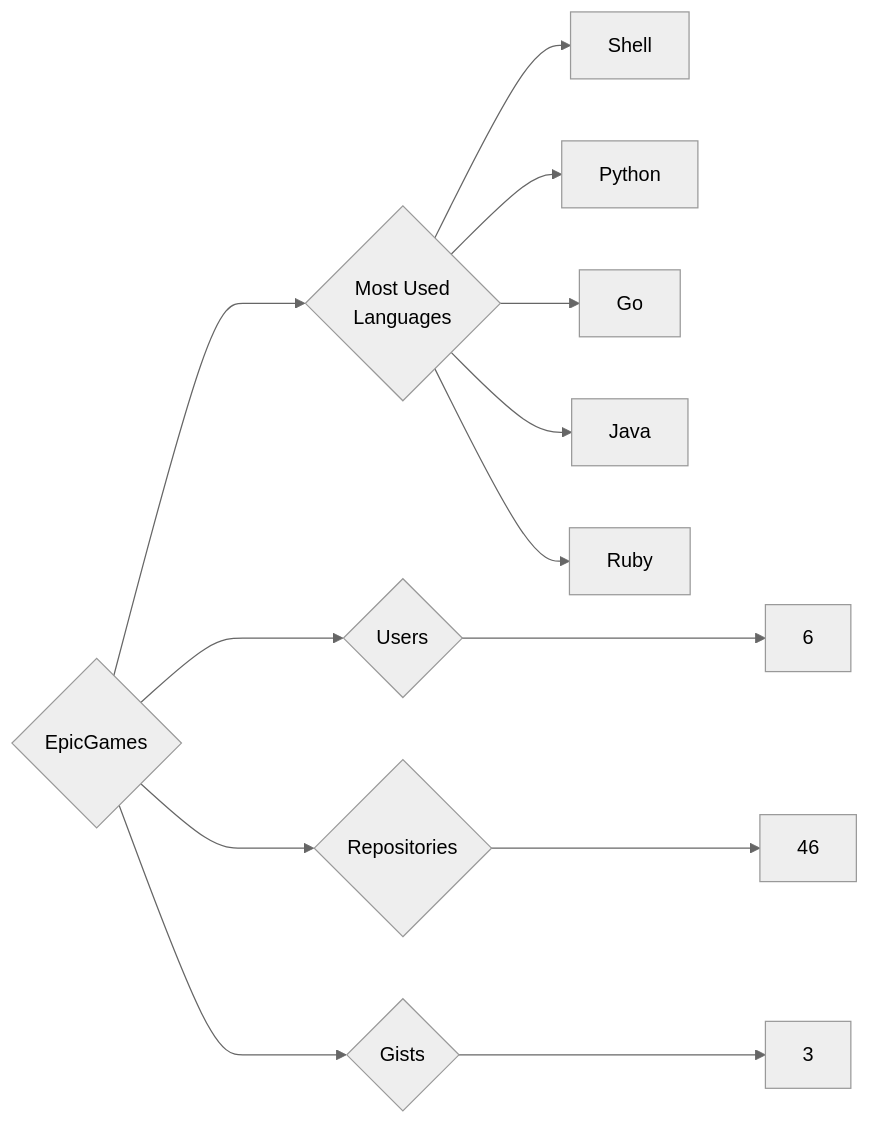
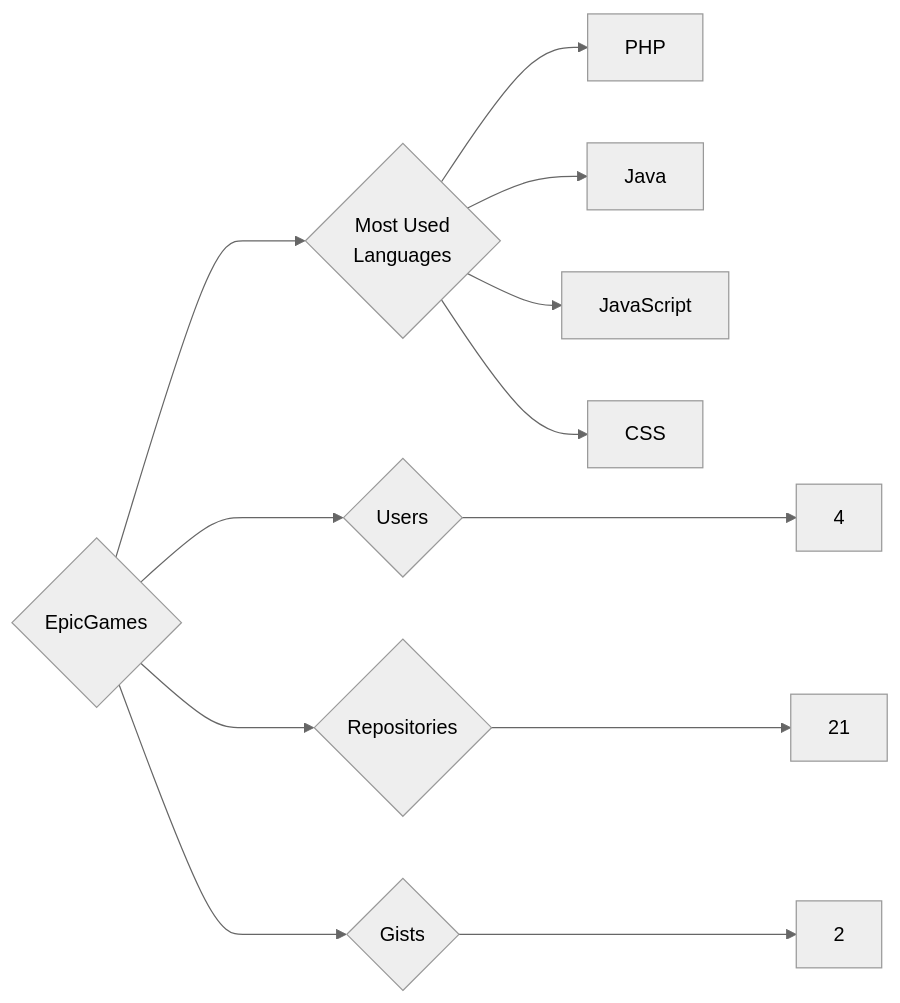
One commit to trickest/insiders changed the diagram in targets/EpicGames/README.md. Above: the diagram before and after it, drawn with Mermaid (neutral theme). The commit also changed 880 other files, not shown here.

````diff
--- a/targets/EpicGames/README.md
+++ b/targets/EpicGames/README.md
@@ -3,13 +3,12 @@
 ```mermaid
 graph LR
 COMPANY_NAME{EpicGames}
-COMPANY_NAME ---> U{Users} ---> UN[6]
-COMPANY_NAME ---> R{Repositories} ---> RN[46]
-COMPANY_NAME ---> G{Gists} ---> GN[3]
+COMPANY_NAME ---> U{Users} ---> UN[4]
+COMPANY_NAME ---> R{Repositories} ---> RN[21]
+COMPANY_NAME ---> G{Gists} ---> GN[2]
 COMPANY_NAME ---> ML{Most Used<br>Languages}
-ML --> Shell[Shell]
-ML --> Python[Python]
-ML --> Go[Go]
+ML --> PHP[PHP]
 ML --> Java[Java]
-ML --> Ruby[Ruby]
+ML --> JavaScript[JavaScript]
+ML --> CSS[CSS]
 ```
````
